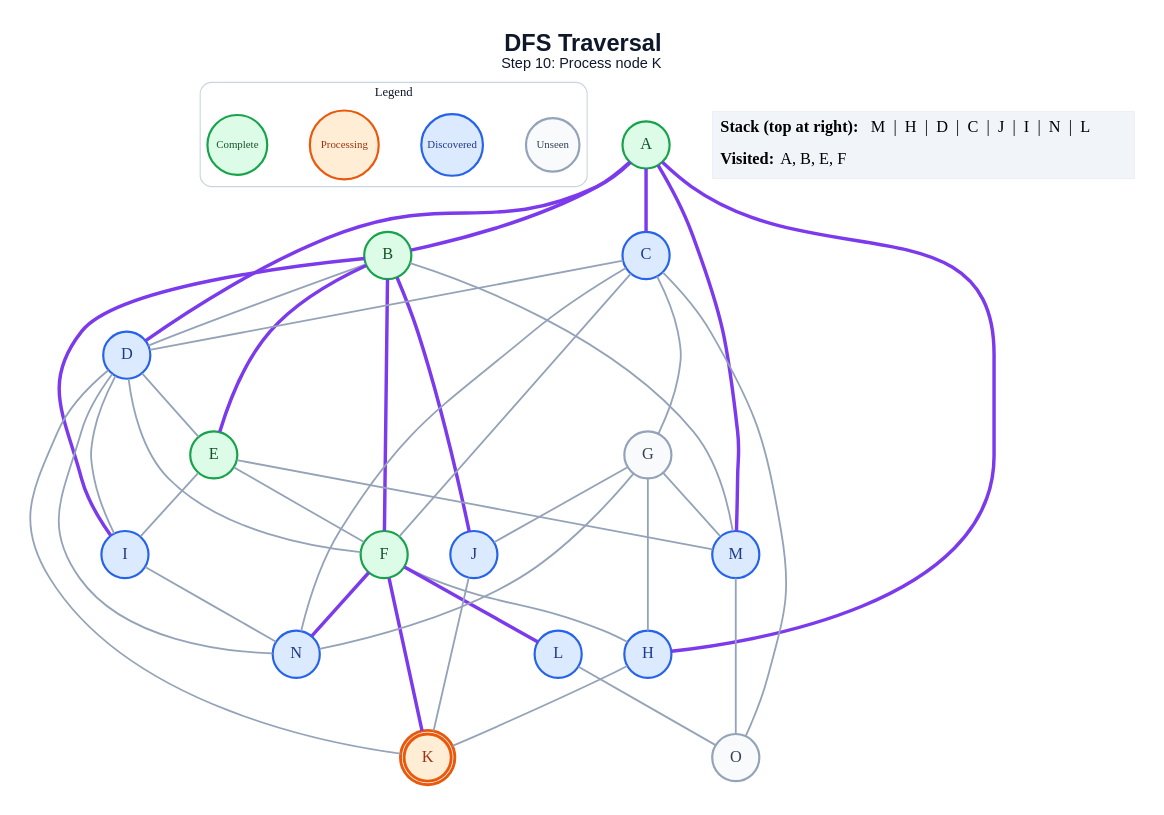
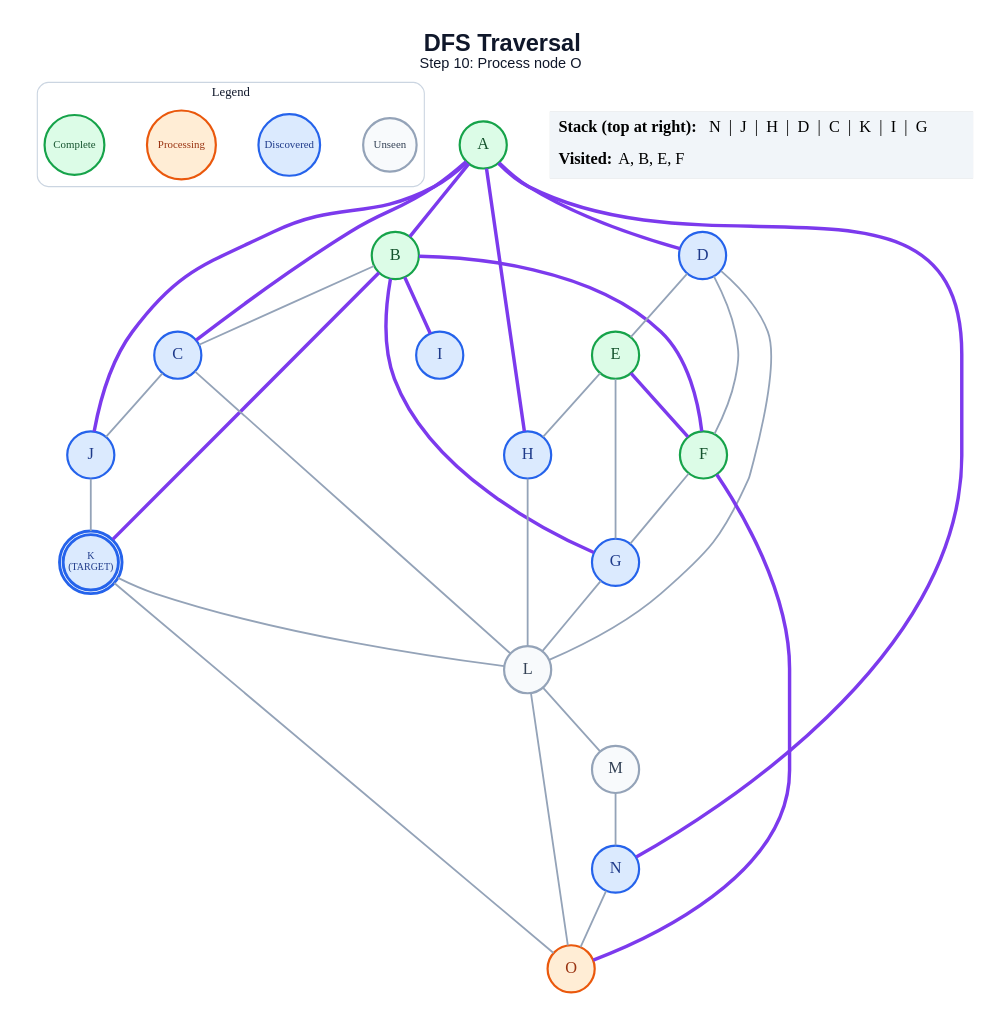
Before and after one commit to anon7238593-create/ai-slop: the diagram in generated/dfs/step_10.dot, drawn with Graphviz. The commit also changed 265 other files, not shown here.

```diff
--- a/generated/dfs/step_10.dot
+++ b/generated/dfs/step_10.dot
@@ -1,71 +1,64 @@
 graph traversal {
   graph [layout=dot, rankdir=TB, bgcolor="#FFFFFF", pad="0.35", nodesep="0.65", ranksep="0.8", fontname="Arial"];
   node [shape=circle, style="filled", fontname="Arial Bold", fontsize=18, width=0.72, fixedsize=true, penwidth=2.4];
   edge [color="#94A3B8", penwidth=2.0];
-  label=<<B>DFS Traversal</B><BR/><FONT POINT-SIZE="16">Step 10: Process node K</FONT>>; labelloc="t"; fontsize=26; fontname="Arial"; fontcolor="#0F172A";
+  label=<<B>DFS Traversal</B><BR/><FONT POINT-SIZE="16">Step 10: Process node O</FONT>>; labelloc="t"; fontsize=26; fontname="Arial"; fontcolor="#0F172A";
   subgraph cluster_legend { label="Legend"; color="#CBD5E1"; penwidth=1.2; style="rounded"; fontsize=14; fontname="Arial Bold";
     key_unseen [label="Unseen", fillcolor="#F8FAFC", color="#94A3B8", fontcolor="#334155", fontsize=12, width=0.82];
     key_frontier [label="Discovered", fillcolor="#DBEAFE", color="#2563EB", fontcolor="#1E3A8A", fontsize=12, width=0.95];
     key_current [label="Processing", fillcolor="#FFEDD5", color="#EA580C", fontcolor="#9A3412", fontsize=12, width=1.05];
     key_done [label="Complete", fillcolor="#DCFCE7", color="#16A34A", fontcolor="#14532D", fontsize=12, width=0.92];
     { rank=same; key_unseen; key_frontier; key_current; key_done; }
   }
   A [label="A", fillcolor="#DCFCE7", color="#16A34A", fontcolor="#14532D", peripheries=1, penwidth=2.4];
   B [label="B", fillcolor="#DCFCE7", color="#16A34A", fontcolor="#14532D", peripheries=1, penwidth=2.4];
   C [label="C", fillcolor="#DBEAFE", color="#2563EB", fontcolor="#1E3A8A", peripheries=1, penwidth=2.4];
   D [label="D", fillcolor="#DBEAFE", color="#2563EB", fontcolor="#1E3A8A", peripheries=1, penwidth=2.4];
   E [label="E", fillcolor="#DCFCE7", color="#16A34A", fontcolor="#14532D", peripheries=1, penwidth=2.4];
   F [label="F", fillcolor="#DCFCE7", color="#16A34A", fontcolor="#14532D", peripheries=1, penwidth=2.4];
-  G [label="G", fillcolor="#F8FAFC", color="#94A3B8", fontcolor="#334155", peripheries=1, penwidth=2.4];
+  G [label="G", fillcolor="#DBEAFE", color="#2563EB", fontcolor="#1E3A8A", peripheries=1, penwidth=2.4];
   H [label="H", fillcolor="#DBEAFE", color="#2563EB", fontcolor="#1E3A8A", peripheries=1, penwidth=2.4];
   I [label="I", fillcolor="#DBEAFE", color="#2563EB", fontcolor="#1E3A8A", peripheries=1, penwidth=2.4];
   J [label="J", fillcolor="#DBEAFE", color="#2563EB", fontcolor="#1E3A8A", peripheries=1, penwidth=2.4];
-  K [label="K", fillcolor="#FFEDD5", color="#EA580C", fontcolor="#9A3412", peripheries=2, penwidth=3.2];
-  L [label="L", fillcolor="#DBEAFE", color="#2563EB", fontcolor="#1E3A8A", peripheries=1, penwidth=2.4];
-  M [label="M", fillcolor="#DBEAFE", color="#2563EB", fontcolor="#1E3A8A", peripheries=1, penwidth=2.4];
+  K [label="K\n(TARGET)", fillcolor="#DBEAFE", color="#2563EB", fontcolor="#1E3A8A", peripheries=2, penwidth=3.2, fontsize=11, width=0.85, height=0.85];
+  L [label="L", fillcolor="#F8FAFC", color="#94A3B8", fontcolor="#334155", peripheries=1, penwidth=2.4];
+  M [label="M", fillcolor="#F8FAFC", color="#94A3B8", fontcolor="#334155", peripheries=1, penwidth=2.4];
   N [label="N", fillcolor="#DBEAFE", color="#2563EB", fontcolor="#1E3A8A", peripheries=1, penwidth=2.4];
-  O [label="O", fillcolor="#F8FAFC", color="#94A3B8", fontcolor="#334155", peripheries=1, penwidth=2.4];
+  O [label="O", fillcolor="#FFEDD5", color="#EA580C", fontcolor="#9A3412", peripheries=1, penwidth=2.4];
   A -- B [color="#7C3AED", penwidth=3.8];
   A -- C [color="#7C3AED", penwidth=3.8];
   A -- D [color="#7C3AED", penwidth=3.8];
   A -- H [color="#7C3AED", penwidth=3.8];
-  A -- M [color="#7C3AED", penwidth=3.8];
-  B -- D;
-  B -- E [color="#7C3AED", penwidth=3.8];
+  A -- J [color="#7C3AED", penwidth=3.8];
+  A -- N [color="#7C3AED", penwidth=3.8];
+  B -- C;
   B -- F [color="#7C3AED", penwidth=3.8];
+  B -- G [color="#7C3AED", penwidth=3.8];
   B -- I [color="#7C3AED", penwidth=3.8];
-  B -- J [color="#7C3AED", penwidth=3.8];
-  B -- M;
-  C -- D;
-  C -- F;
-  C -- G;
-  C -- N;
-  C -- O;
+  B -- K [color="#7C3AED", penwidth=3.8];
+  C -- J;
+  C -- L;
   D -- E;
   D -- F;
-  D -- I;
-  D -- K;
-  D -- N;
-  E -- F;
-  E -- I;
-  E -- M;
-  F -- H;
-  F -- K [color="#7C3AED", penwidth=3.8];
-  F -- L [color="#7C3AED", penwidth=3.8];
-  F -- N [color="#7C3AED", penwidth=3.8];
-  G -- H;
-  G -- J;
-  G -- M;
-  G -- N;
-  H -- K;
-  I -- N;
+  D -- L;
+  E -- F [color="#7C3AED", penwidth=3.8];
+  E -- G;
+  E -- H;
+  F -- G;
+  F -- O [color="#7C3AED", penwidth=3.8];
+  G -- L;
+  H -- L;
   J -- K;
+  K -- L;
+  K -- O;
+  L -- M;
   L -- O;
-  M -- O;
+  M -- N;
+  N -- O;
   status [shape=plain, fixedsize=false, width=0, height=0, margin=0, label=<
     <TABLE BORDER="0" CELLBORDER="0" CELLPADDING="7" BGCOLOR="#F1F5F9">
-      <TR><TD ALIGN="LEFT"><B>Stack (top at right):</B> M  |  H  |  D  |  C  |  J  |  I  |  N  |  L</TD></TR>
+      <TR><TD ALIGN="LEFT"><B>Stack (top at right):</B> N  |  J  |  H  |  D  |  C  |  K  |  I  |  G</TD></TR>
       <TR><TD ALIGN="LEFT"><B>Visited:</B> A, B, E, F</TD></TR>
     </TABLE>
   >];
 }
```
